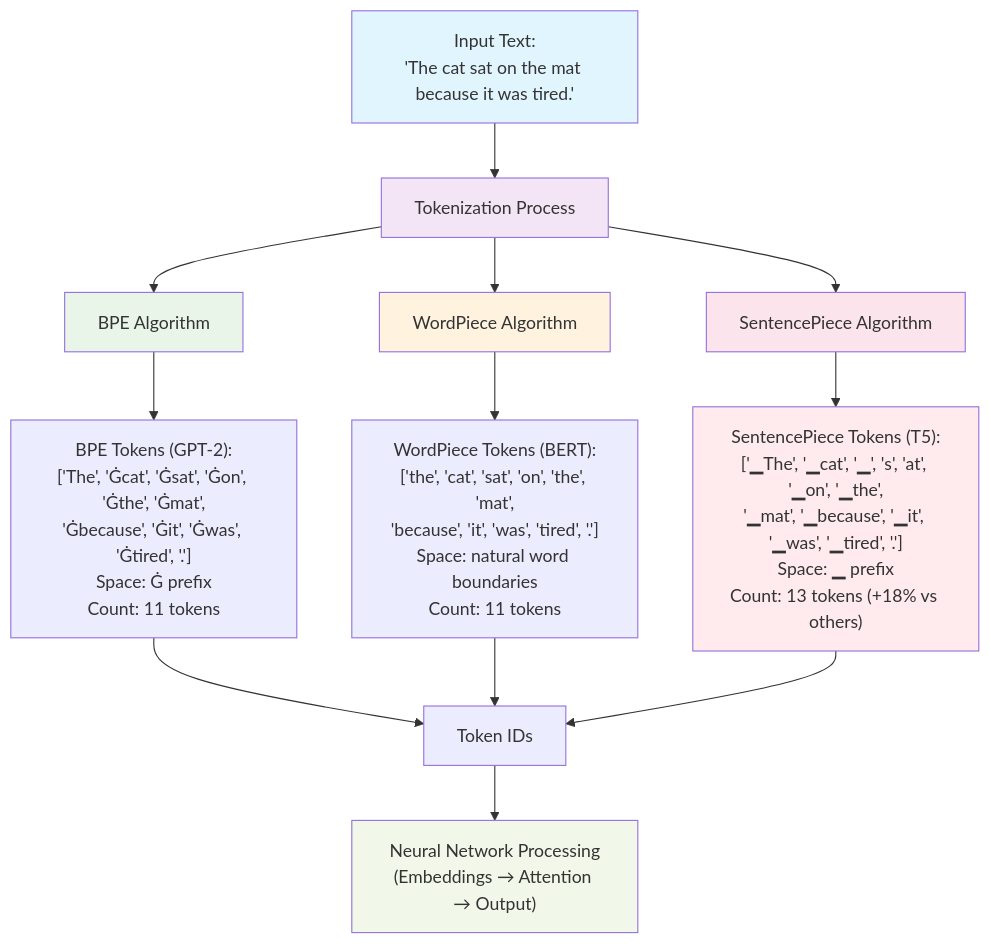
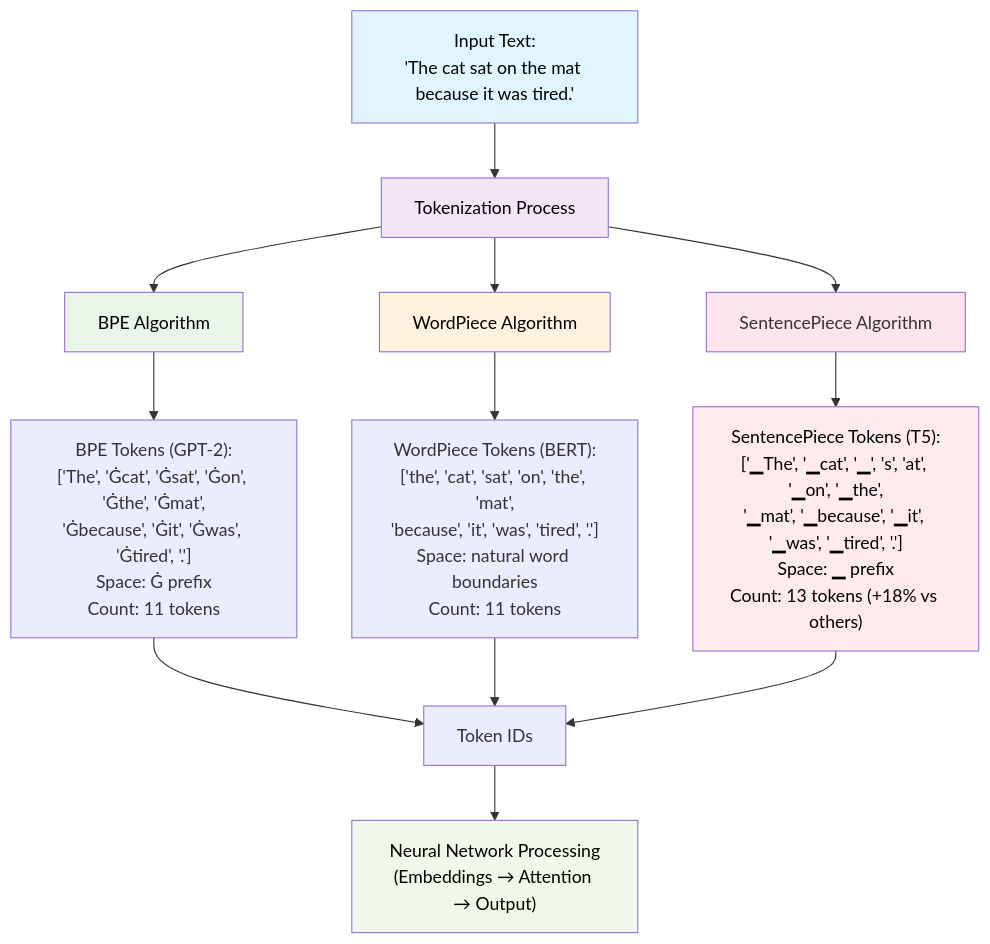
One commit to henishshah18/Public_Thought_LLM_Tokenization changed the diagram in my_post.md. Above: the diagram before and after it, drawn with Mermaid.

Commit message:
Changed text colour of the image

````diff
--- a/my_post.md
+++ b/my_post.md
@@ -36,28 +36,28 @@
 ```mermaid
 graph TD
     A["Input Text:<br/>'The cat sat on the mat because it was tired.'"] --> B[Tokenization Process]
     
     B --> C[BPE Algorithm]
     B --> D[WordPiece Algorithm] 
     B --> E[SentencePiece Algorithm]
     
     C --> F["BPE Tokens (GPT-2):<br/>['The', 'Ġcat', 'Ġsat', 'Ġon', 'Ġthe', 'Ġmat',<br/>'Ġbecause', 'Ġit', 'Ġwas', 'Ġtired', '.']<br/>Space: Ġ prefix<br/>Count: 11 tokens"]
     
     D --> G["WordPiece Tokens (BERT):<br/>['the', 'cat', 'sat', 'on', 'the', 'mat',<br/>'because', 'it', 'was', 'tired', '.']<br/>Space: natural word boundaries<br/>Count: 11 tokens"]
     
     E --> H["SentencePiece Tokens (T5):<br/>['▁The', '▁cat', '▁', 's', 'at', '▁on', '▁the',<br/>'▁mat', '▁because', '▁it', '▁was', '▁tired', '.']<br/>Space: ▁ prefix<br/>Count: 13 tokens (+18% vs others)"]
     
     F --> I[Token IDs]
     G --> I
     H --> I
     
     I --> J["Neural Network Processing<br/>(Embeddings → Attention → Output)"]
     
-    style A fill:#e1f5fe
-    style B fill:#f3e5f5
-    style C fill:#e8f5e8
-    style D fill:#fff3e0
-    style E fill:#fce4ec
-    style H fill:#ffebee
-    style J fill:#f1f8e9
+    style A fill:#e1f5fe,color:#000000
+    style B fill:#f3e5f5,color:#000000
+    style C fill:#e8f5e8,color:#000000
+    style D fill:#fff3e0,color:#000000
+    style E fill:#fce4ec,color:#0000Chjanged 00
+    style H fill:#ffebee,color:#000000
+    style J fill:#f1f8e9,color:#000000
 ```
````
